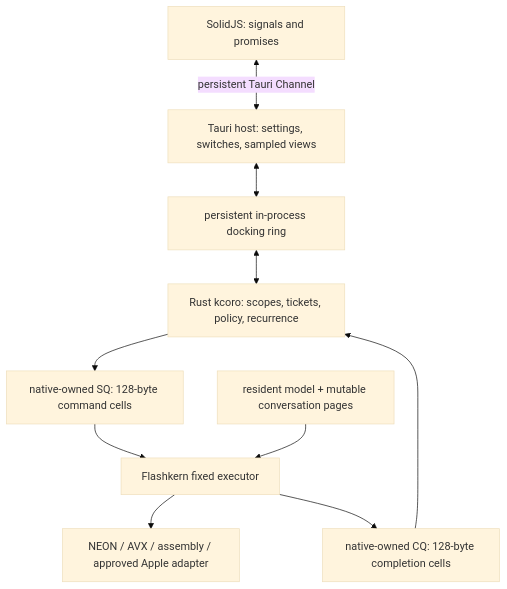
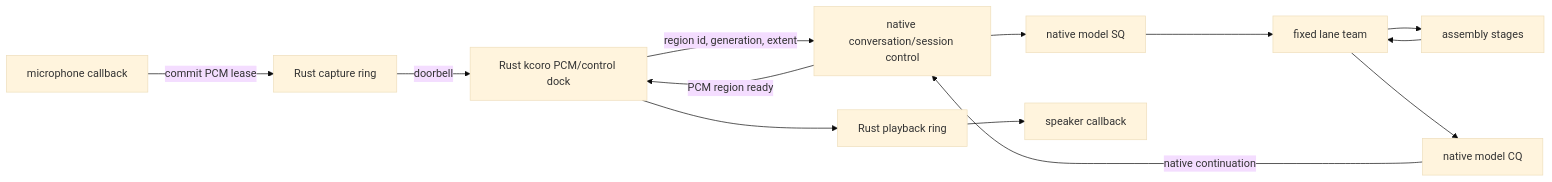
One commit to SolaceHarmony/emberharmony changed the second of 3 diagrams in docs/native/KCORO_ARENA_INTEGRATION.md. Above: the diagram before and after it, drawn with Mermaid (base theme). The commit also changed other lines of this file and 36 other files, not shown here.

````diff
--- a/docs/native/KCORO_ARENA_INTEGRATION.md
+++ b/docs/native/KCORO_ARENA_INTEGRATION.md
@@ -190,22 +76,22 @@
 ```mermaid
-flowchart TB
-    Web["SolidJS: signals and promises"]
-    Host["Tauri host: settings, switches, sampled views"]
-    Dock["persistent in-process docking ring"]
-    Coord["Rust kcoro: scopes, tickets, policy, recurrence"]
-    SQ["native-owned SQ: 128-byte command cells"]
-    Exec["Flashkern fixed executor"]
-    Kernels["NEON / AVX / assembly / approved Apple adapter"]
-    CQ["native-owned CQ: 128-byte completion cells"]
-    State["resident model + mutable conversation pages"]
+flowchart LR
+    Mic["microphone callback"]
+    In["Rust capture ring"]
+    Dock["Rust kcoro PCM/control dock"]
+    Session["native conversation/session control"]
+    SQ["native model SQ"]
+    Team["fixed lane team"]
+    ASM["assembly stages"]
+    CQ["native model CQ"]
+    Out["Rust playback ring"]
+    Speaker["speaker callback"]
 
-    Web <-->|"persistent Tauri Channel"| Host
-    Host <--> Dock
-    Dock <--> Coord
-    Coord --> SQ
-    SQ --> Exec
-    Exec --> Kernels
-    State --> Exec
-    Exec --> CQ
-    CQ --> Coord
+    Mic -->|"commit PCM lease"| In
+    In -->|"doorbell"| Dock
+    Dock -->|"region id, generation, extent"| Session
+    Session --> SQ --> Team --> ASM
+    ASM --> Team --> CQ
+    CQ -->|"native continuation"| Session
+    Session -->|"PCM region ready"| Dock
+    Dock --> Out --> Speaker
 ```
````
